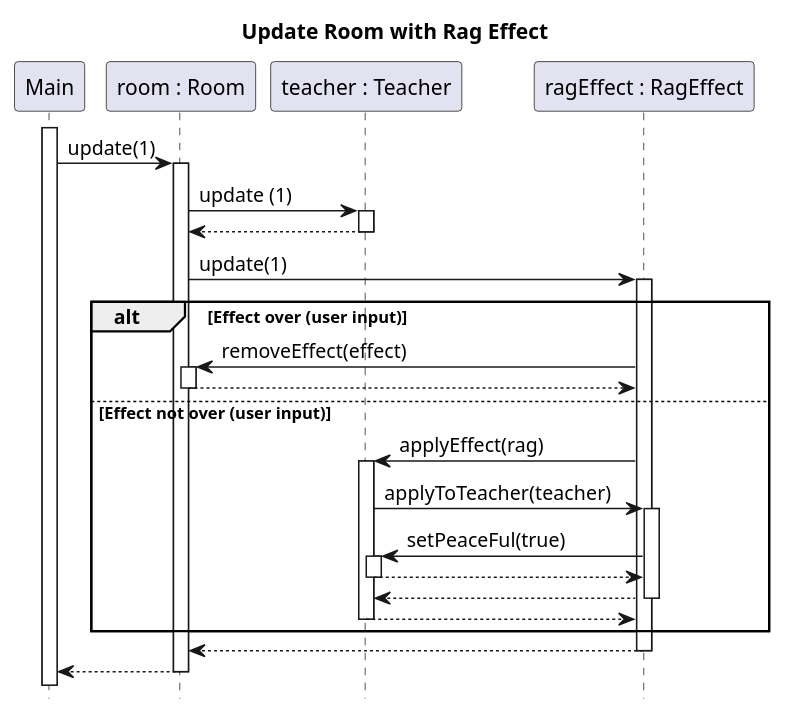
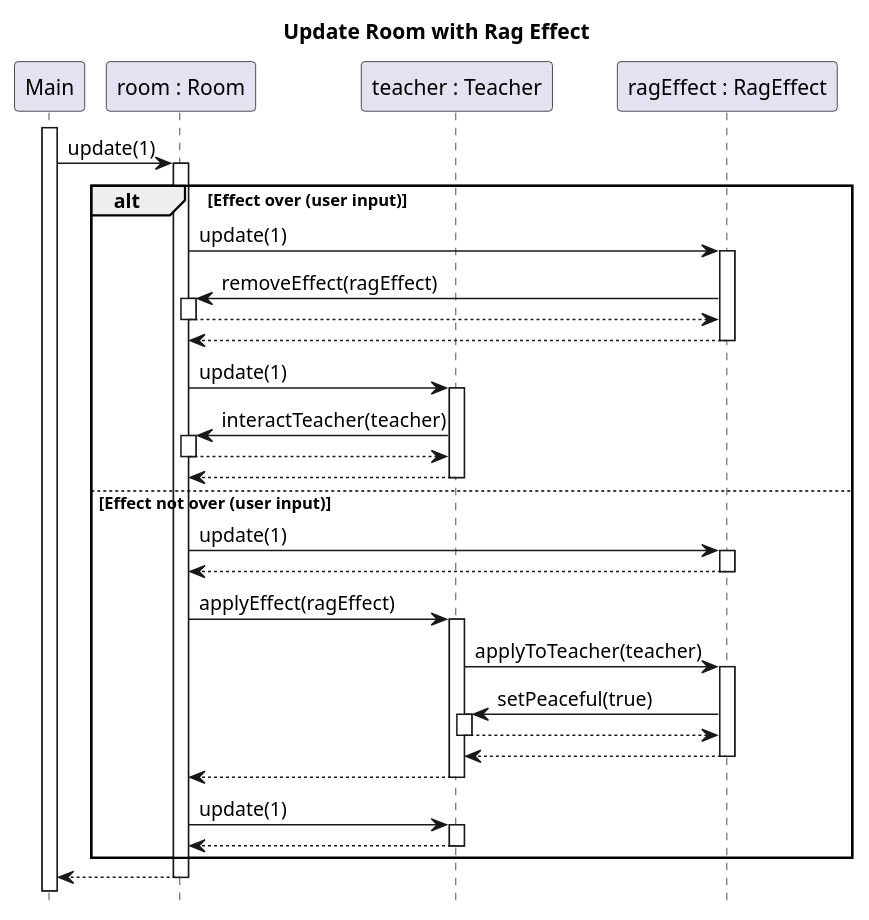
Before and after one commit to sn4k3ch4rm3r/logarlec: the diagram in docs/diagrams/test-sequence/room-update-rag-effect.puml, drawn with PlantUML. The commit also changed 3 other files, not shown here.

Commit message:
Updated update sequences

```diff
--- a/docs/diagrams/test-sequence/room-update-rag-effect.puml
+++ b/docs/diagrams/test-sequence/room-update-rag-effect.puml
@@ -1,31 +1,38 @@
 @startuml room-update-rag-effect
 title Update Room with Rag Effect
 hide footbox
 autoactivate on
 skinparam SequenceReferenceBackgroundColor white
 
 participant Main
 participant "room : Room" as room
 participant "teacher : Teacher" as teacher
 participant "ragEffect : RagEffect" as rag
 
 activate Main
 Main -> room : update(1)
-    room -> teacher : update (1)
+    alt Effect over (user input)
+    room -> rag : update(1)
+        rag -> room : removeEffect(ragEffect)
+        return
     return
-	 room -> rag : update(1)
-        alt Effect over (user input)
-		    rag -> room ++: removeEffect(effect)
-		    return
-        else Effect not over (user input)
-        rag -> teacher : applyEffect(rag)
-            teacher -> rag : applyToTeacher(teacher)
-                rag -> teacher : setPeaceFul(true)
-                return
-       return
-       return
-        end
-	
+    room -> teacher : update(1)
+         teacher -> room : interactTeacher(teacher)
+         return
     return
+    else Effect not over (user input)
+    room -> rag : update(1)
+    return
+    room -> teacher : applyEffect(ragEffect)
+        teacher -> rag : applyToTeacher(teacher)
+            rag -> teacher : setPeaceful(true)
+            return
+        return
+    return
+    room -> teacher : update(1)
+    return
+
+    end
+
 return
 @enduml
```
